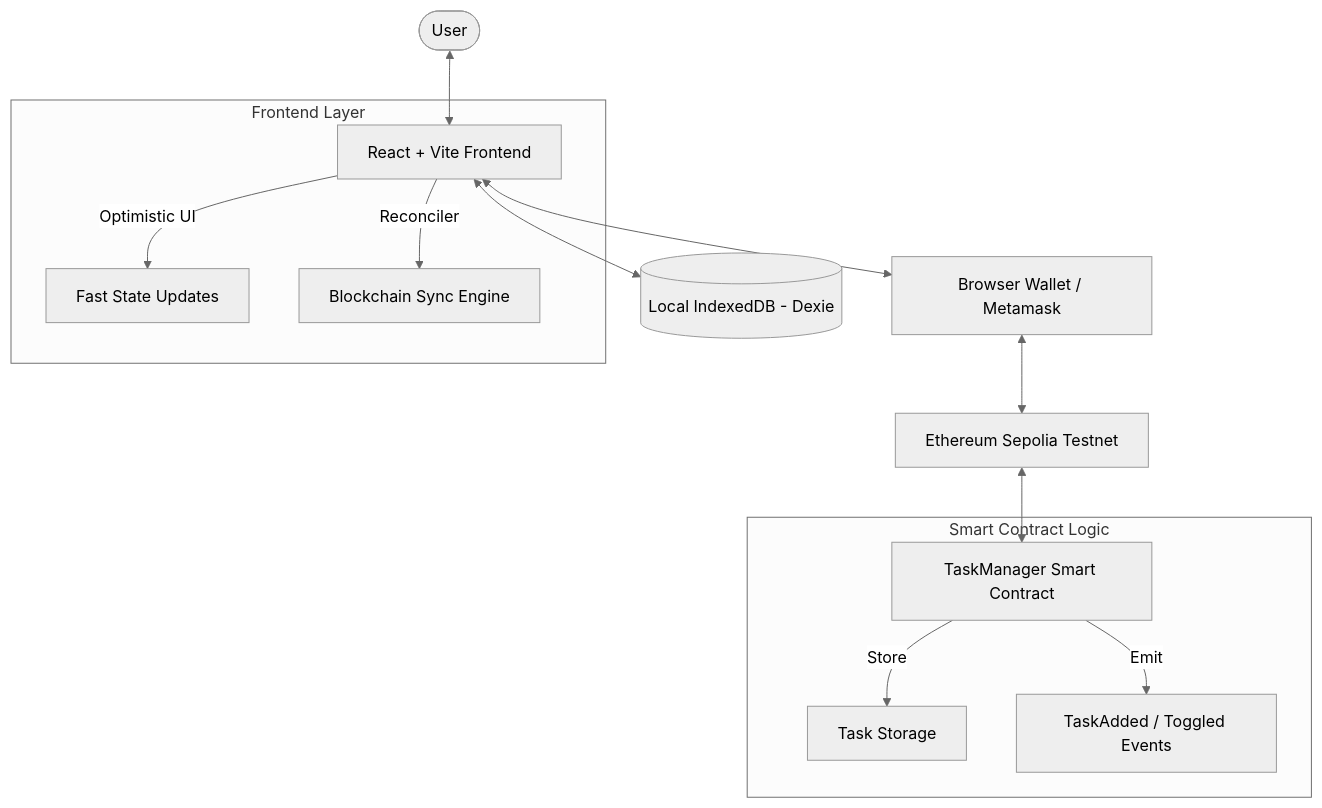
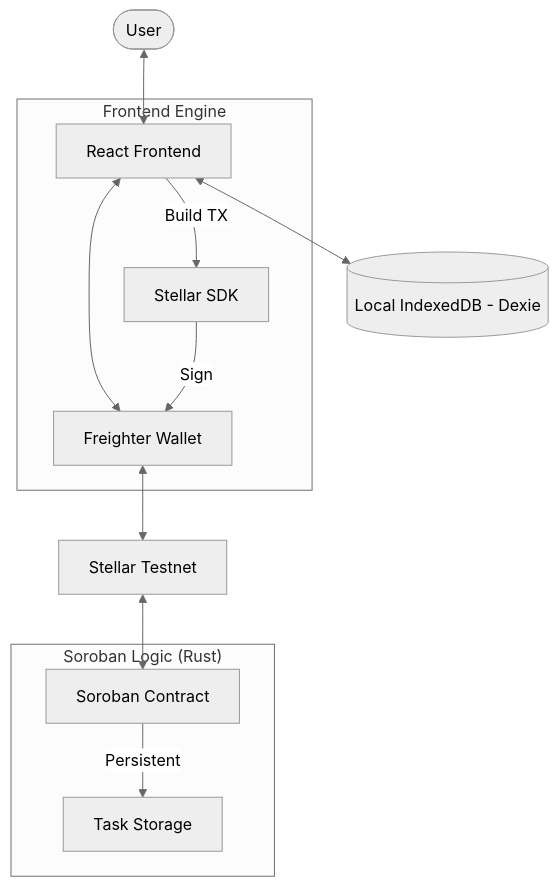
One commit to saasflare-online/chaintasks changed the diagram in README.md. Above: the diagram before and after it, drawn with Mermaid (neutral theme). The commit also changed other lines of this file and 19311 other files, not shown here.

Commit message:
feat: migrate project to Stellar network with Soroban and Freighter

````diff
--- a/README.md
+++ b/README.md
@@ -19,18 +19,17 @@
 ```mermaid
 graph TD
-    User([User]) <--> Frontend[React + Vite Frontend]
-    Frontend <--> Wallet[Browser Wallet / Metamask]
-    Wallet <--> Blockchain[Ethereum Sepolia Testnet]
+    User([User]) <--> Frontend[React Frontend]
+    Frontend <--> Freighter[Freighter Wallet]
+    Freighter <--> Stellar[Stellar Testnet]
     Frontend <--> IndexedDB[(Local IndexedDB - Dexie)]
-    Blockchain <--> Contract[TaskManager Smart Contract]
+    Stellar <--> Soroban[Soroban Contract]
 
-    subgraph "Smart Contract Logic"
-        Contract -- "Store" --> tasks[Task Storage]
-        Contract -- "Emit" --> events[TaskAdded / Toggled Events]
+    subgraph "Soroban Logic (Rust)"
+        Soroban -- "Persistent" --> tasks[Task Storage]
     end
 
-    subgraph "Frontend Layer"
-        Frontend -- "Optimistic UI" --> UI[Fast State Updates]
-        Frontend -- "Reconciler" --> Sync[Blockchain Sync Engine]
+    subgraph "Frontend Engine"
+        Frontend -- "Build TX" --> SDK[Stellar SDK]
+        SDK -- "Sign" --> Freighter
     end
 ```
````
